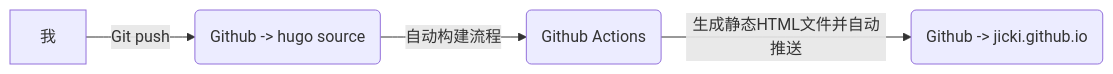
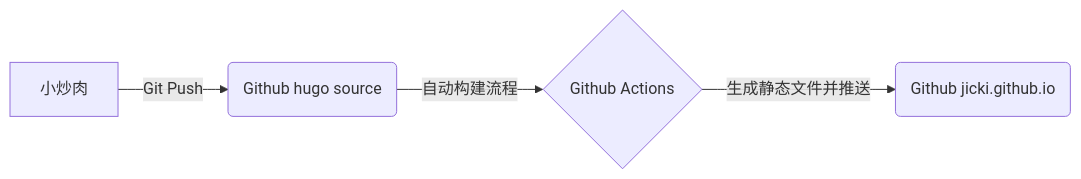
The diagram in hugo-github-pages-github-actions/index.md (jicki/jicki.github.io), drawn with Mermaid before and after one commit. The commit also changed 249 other files, not shown here.

Commit message:
add ico jicki/hugo@e71b45f51c14e48b30751885c8a300a5a1a27243

```diff
--- a/hugo-github-pages-github-actions/index.md
+++ b/hugo-github-pages-github-actions/index.md
@@ -14,6 +14,6 @@
 {{< mermaid >}}
 graph LR;
-    A[我] -->|Git push| B(Github -> hugo source)
-    B -->|自动构建流程| C(Github Actions)
-    C -->|生成静态HTML文件并自动推送| D(Github -> jicki.github.io)
+    A[小炒肉] -->|Git Push| B(Github hugo source)
+    B -->|自动构建流程| C{Github Actions}
+    C -->|生成静态文件并推送| D(Github jicki.github.io)
 {{< /mermaid >}}
```
